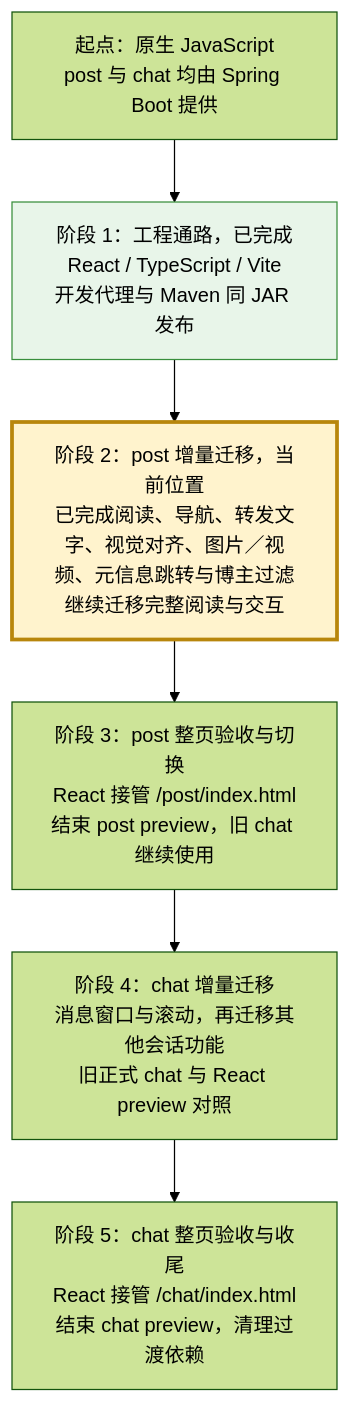
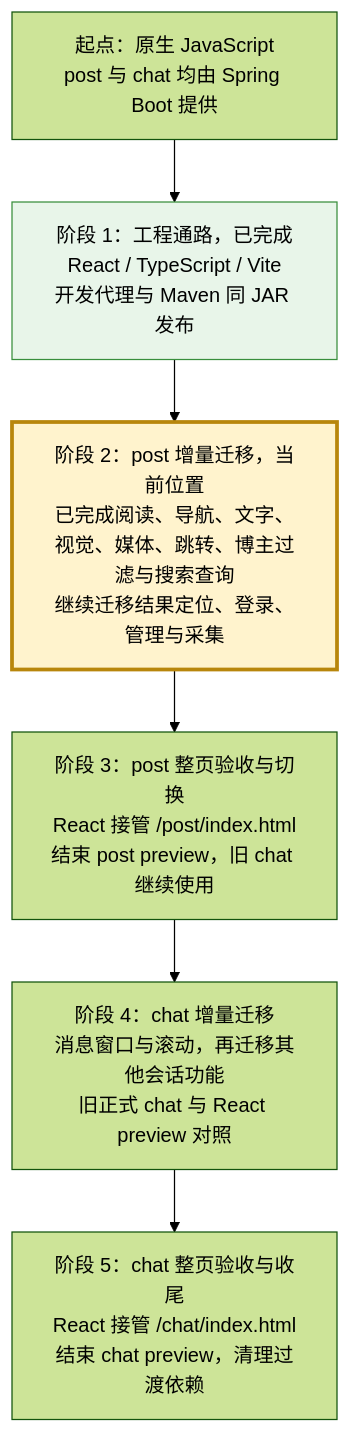
The diagram in .scratch/react-migration/PLAN.md (findxyz/vb-weibo-plus), drawn with Mermaid (forest theme) before and after one commit. The commit also changed other lines of this file and 1 other file, not shown here.

Commit message:
docs: record post search acceptance and remaining migration tickets

````diff
--- a/.scratch/react-migration/PLAN.md
+++ b/.scratch/react-migration/PLAN.md
@@ -11,14 +11,14 @@
 ```mermaid
 flowchart TD
     A["起点：原生 JavaScript<br/>post 与 chat 均由 Spring Boot 提供"]
     B["阶段 1：工程通路，已完成<br/>React / TypeScript / Vite<br/>开发代理与 Maven 同 JAR 发布"]
-    C["阶段 2：post 增量迁移，当前位置<br/>已完成阅读、导航、转发文字、视觉对齐、图片／视频、元信息跳转与博主过滤<br/>继续迁移完整阅读与交互"]
+    C["阶段 2：post 增量迁移，当前位置<br/>已完成阅读、导航、文字、视觉、媒体、跳转、博主过滤与搜索查询<br/>继续迁移结果定位、登录、管理与采集"]
     D["阶段 3：post 整页验收与切换<br/>React 接管 /post/index.html<br/>结束 post preview，旧 chat 继续使用"]
     E["阶段 4：chat 增量迁移<br/>消息窗口与滚动，再迁移其他会话功能<br/>旧正式 chat 与 React preview 对照"]
     F["阶段 5：chat 整页验收与收尾<br/>React 接管 /chat/index.html<br/>结束 chat preview，清理过渡依赖"]
     A --> B --> C --> D --> E --> F
     classDef complete fill:#e8f5e9,stroke:#388e3c
     classDef current fill:#fff3cd,stroke:#b8860b,stroke-width:3px
     class B complete
     class C current
 ```
````
